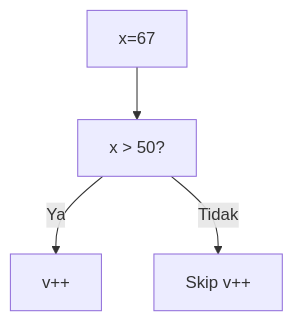
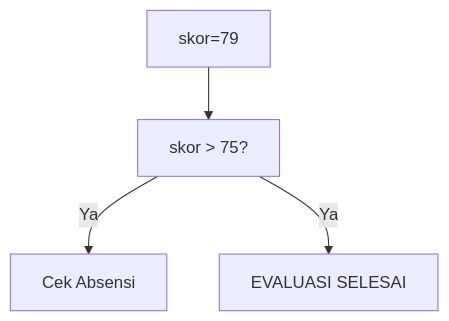
One commit to amnahwaida/OSNK_INF_PREP changed the fifth of 25 diagrams in part-c-pemahaman-cpp/02-percabangan/latihan/set-04.md. Above: the diagram before and after it, drawn with Mermaid. The commit also changed other lines of this file and 71 other files, not shown here.

````diff
--- a/part-c-pemahaman-cpp/02-percabangan/latihan/set-04.md
+++ b/part-c-pemahaman-cpp/02-percabangan/latihan/set-04.md
@@ -133,6 +139,6 @@
 ```mermaid
 graph TD
-A["x=67"] --> B["x > 50?"]
-B -- Ya --> C["v++"]
-B -- Tidak --> D["Skip v++"]
+A["skor=79"] --> B["skor > 75?"]
+B -- Ya --> C["Cek Absensi"]
+B -- Ya --> D["EVALUASI SELESAI"]
 ```
````
